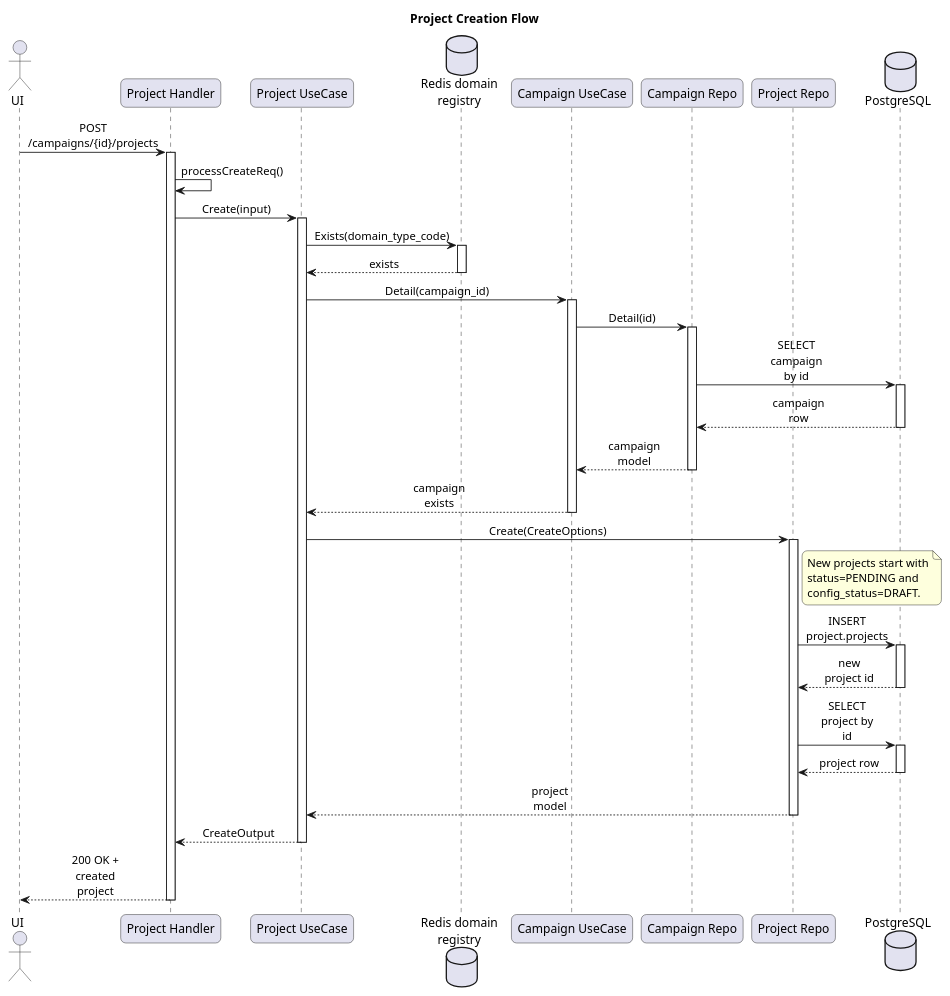
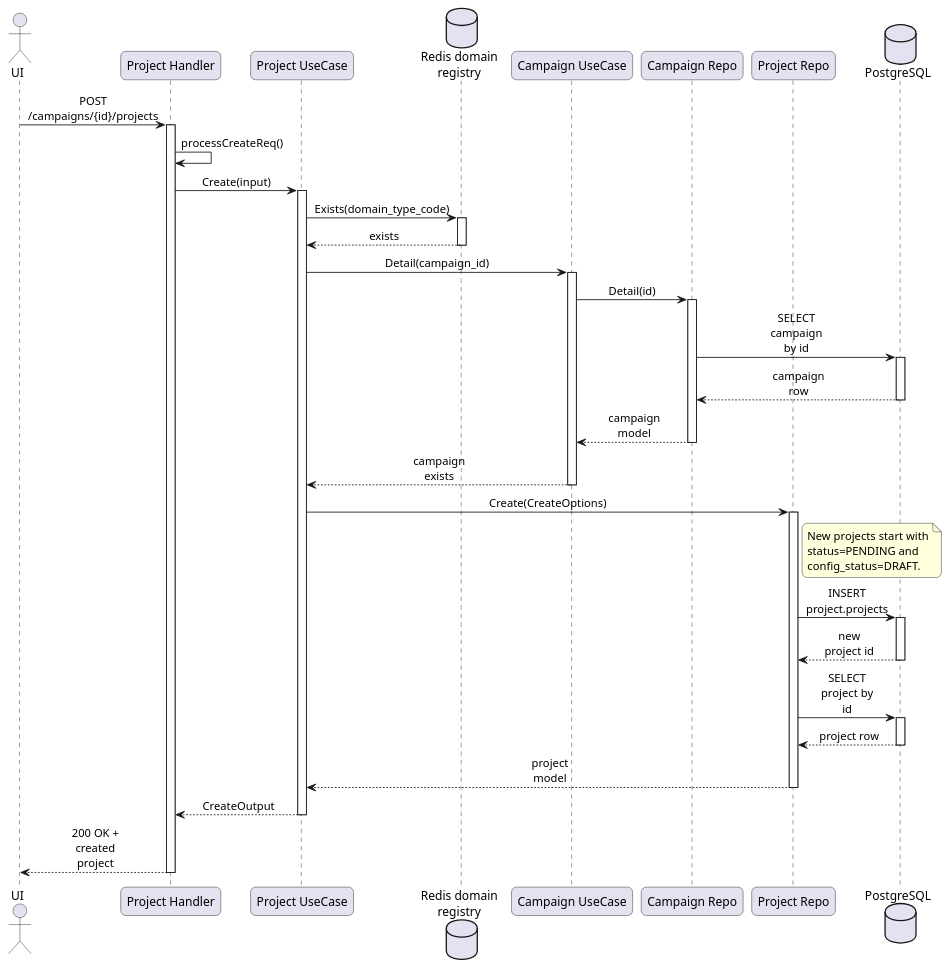
The diagram in final-report/images/chapter_5/seq-project-creation-flow.puml (smap-hcmut/report), drawn with PlantUML before and after one commit. The commit also changed 67 other files, not shown here.

```diff
--- a/final-report/images/chapter_5/seq-project-creation-flow.puml
+++ b/final-report/images/chapter_5/seq-project-creation-flow.puml
@@ -1,65 +1,64 @@
 @startuml
-title Project Creation Flow
 skinparam defaultFontName Arial
 skinparam shadowing false
 skinparam sequenceMessageAlign center
 skinparam responseMessageBelowArrow true
 skinparam maxMessageSize 70
 skinparam roundcorner 12
 
 actor "UI" as UI
 participant "Project Handler" as ProjectHandler
 participant "Project UseCase" as ProjectUC
 database "Redis domain\nregistry" as DomainRegistry
 participant "Campaign UseCase" as CampaignUC
 participant "Campaign Repo" as CampaignRepo
 participant "Project Repo" as ProjectRepo
 database "PostgreSQL" as PostgreSQL
 
 UI -> ProjectHandler : POST /campaigns/{id}/projects
 activate ProjectHandler
 ProjectHandler -> ProjectHandler : processCreateReq()
 ProjectHandler -> ProjectUC : Create(input)
 activate ProjectUC
 
 ProjectUC -> DomainRegistry : Exists(domain_type_code)
 activate DomainRegistry
 DomainRegistry --> ProjectUC : exists
 deactivate DomainRegistry
 
 ProjectUC -> CampaignUC : Detail(campaign_id)
 activate CampaignUC
 CampaignUC -> CampaignRepo : Detail(id)
 activate CampaignRepo
 CampaignRepo -> PostgreSQL : SELECT campaign by id
 activate PostgreSQL
 PostgreSQL --> CampaignRepo : campaign row
 deactivate PostgreSQL
 CampaignRepo --> CampaignUC : campaign model
 deactivate CampaignRepo
 CampaignUC --> ProjectUC : campaign exists
 deactivate CampaignUC
 
 ProjectUC -> ProjectRepo : Create(CreateOptions)
 activate ProjectRepo
 note right of ProjectRepo
   New projects start with
   status=PENDING and
   config_status=DRAFT.
 end note
 ProjectRepo -> PostgreSQL : INSERT project.projects
 activate PostgreSQL
 PostgreSQL --> ProjectRepo : new project id
 deactivate PostgreSQL
 ProjectRepo -> PostgreSQL : SELECT project by id
 activate PostgreSQL
 PostgreSQL --> ProjectRepo : project row
 deactivate PostgreSQL
 ProjectRepo --> ProjectUC : project model
 deactivate ProjectRepo
 
 ProjectUC --> ProjectHandler : CreateOutput
 deactivate ProjectUC
 ProjectHandler --> UI : 200 OK + created project
 deactivate ProjectHandler
 @enduml
```
